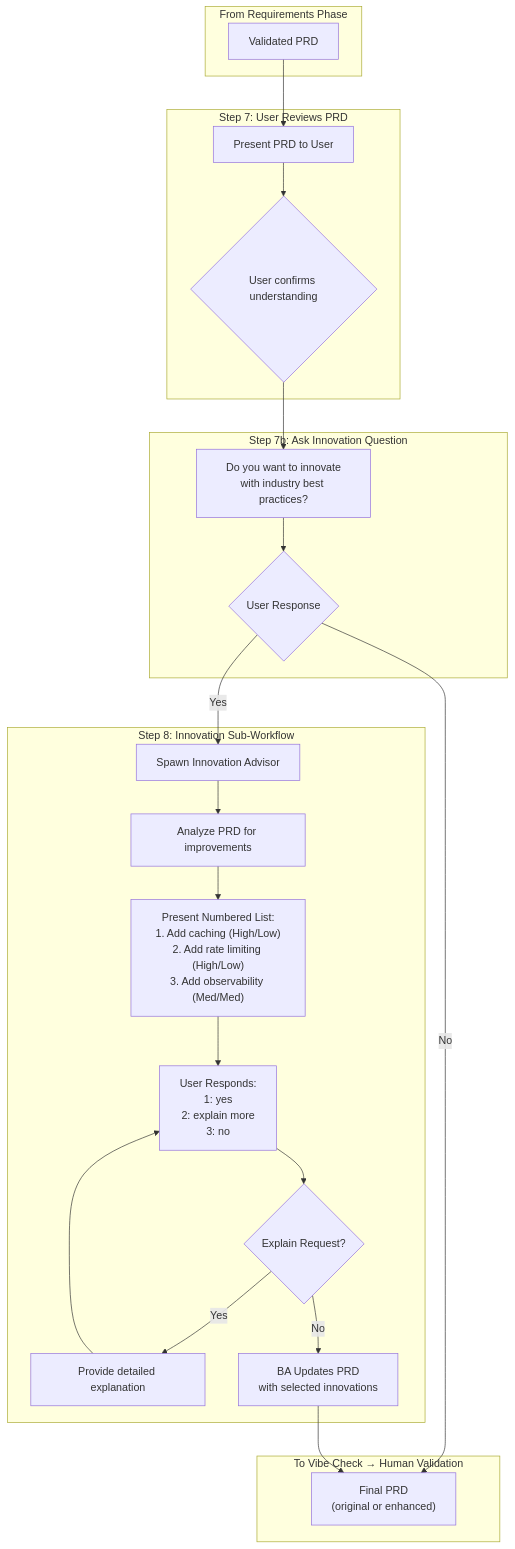
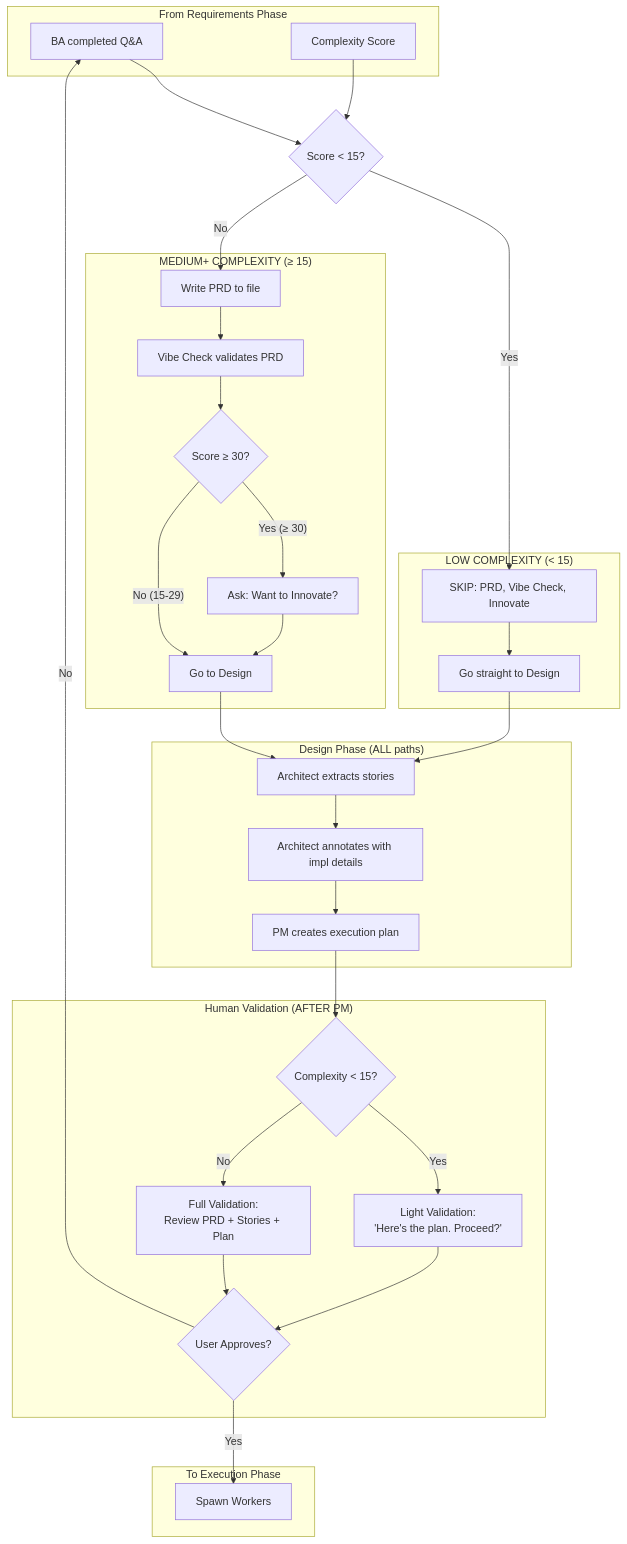
Before and after one commit to metasaver/metasaver-marketplace: the second of 3 diagrams in docs/build-command-target-state.md, drawn with Mermaid. The commit also changed other lines of this file and 94 other files, not shown here.

````diff
--- a/docs/build-command-target-state.md
+++ b/docs/build-command-target-state.md
@@ -93,45 +124,65 @@
 ```mermaid
 flowchart TB
     subgraph Input["From Requirements Phase"]
-        PRD["Validated PRD"]
+        REQ["BA completed Q&A"]
+        SCORE["Complexity Score"]
     end
 
-    subgraph UserReview["Step 7: User Reviews PRD"]
-        U1["Present PRD to User"]
-        U2{"User confirms understanding"}
+    ROUTE{"Score < 15?"}
+
+    subgraph LowPath["LOW COMPLEXITY (< 15)"]
+        L1["SKIP: PRD, Vibe Check, Innovate"]
+        L2["Go straight to Design"]
     end
 
-    subgraph AskInnovate["Step 7b: Ask Innovation Question"]
-        Q1["Do you want to innovate<br/>with industry best practices?"]
-        Q2{"User Response"}
+    subgraph HighPath["MEDIUM+ COMPLEXITY (≥ 15)"]
+        H1["Write PRD to file"]
+        H2["Vibe Check validates PRD"]
+        H3{"Score ≥ 30?"}
+        H4["Ask: Want to Innovate?"]
+        H5["Go to Design"]
     end
 
-    subgraph Innovation["Step 8: Innovation Sub-Workflow"]
-        I1["Spawn Innovation Advisor"]
-        I2["Analyze PRD for improvements"]
-        I3["Present Numbered List:<br/>1. Add caching (High/Low)<br/>2. Add rate limiting (High/Low)<br/>3. Add observability (Med/Med)"]
-        I4["User Responds:<br/>1: yes<br/>2: explain more<br/>3: no"]
-        I5{"Explain Request?"}
-        I6["Provide detailed explanation"]
-        I7["BA Updates PRD<br/>with selected innovations"]
+    subgraph Design["Design Phase (ALL paths)"]
+        D1["Architect extracts stories"]
+        D2["Architect annotates with impl details"]
+        D3["PM creates execution plan"]
     end
 
-    subgraph Output["To Vibe Check → Human Validation"]
-        OUT["Final PRD<br/>(original or enhanced)"]
+    subgraph Validation["Human Validation (AFTER PM)"]
+        V1{"Complexity < 15?"}
+        V2["Light Validation:<br/>'Here's the plan. Proceed?'"]
+        V3["Full Validation:<br/>Review PRD + Stories + Plan"]
+        V4{"User Approves?"}
     end
 
-    PRD --> U1
-    U1 --> U2
-    U2 --> Q1
-    Q1 --> Q2
-    Q2 -->|"No"| OUT
-    Q2 -->|"Yes"| I1
-    I1 --> I2
-    I2 --> I3
-    I3 --> I4
-    I4 --> I5
-    I5 -->|"Yes"| I6
-    I6 --> I4
-    I5 -->|"No"| I7
-    I7 --> OUT
+    subgraph Output["To Execution Phase"]
+        OUT["Spawn Workers"]
+    end
+
+    REQ --> ROUTE
+    SCORE --> ROUTE
+
+    ROUTE -->|"Yes"| L1
+    L1 --> L2
+    L2 --> D1
+
+    ROUTE -->|"No"| H1
+    H1 --> H2
+    H2 --> H3
+    H3 -->|"Yes (≥ 30)"| H4
+    H4 --> H5
+    H3 -->|"No (15-29)"| H5
+    H5 --> D1
+
+    D1 --> D2
+    D2 --> D3
+    D3 --> V1
+
+    V1 -->|"Yes"| V2
+    V1 -->|"No"| V3
+    V2 --> V4
+    V3 --> V4
+    V4 -->|"Yes"| OUT
+    V4 -->|"No"| REQ
 ```
````
